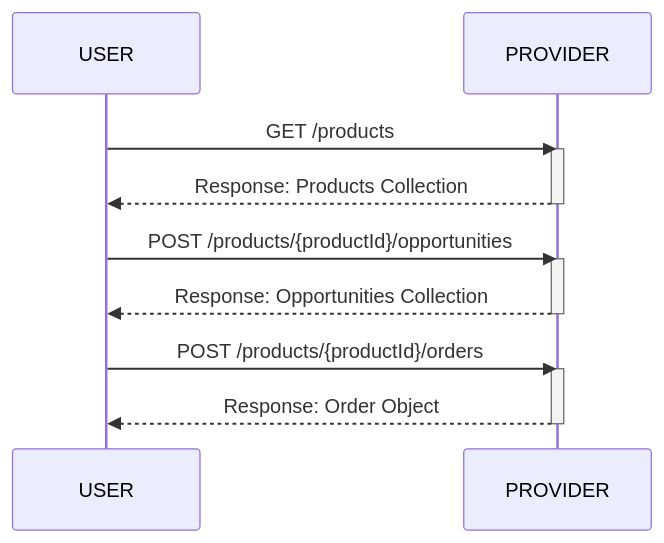
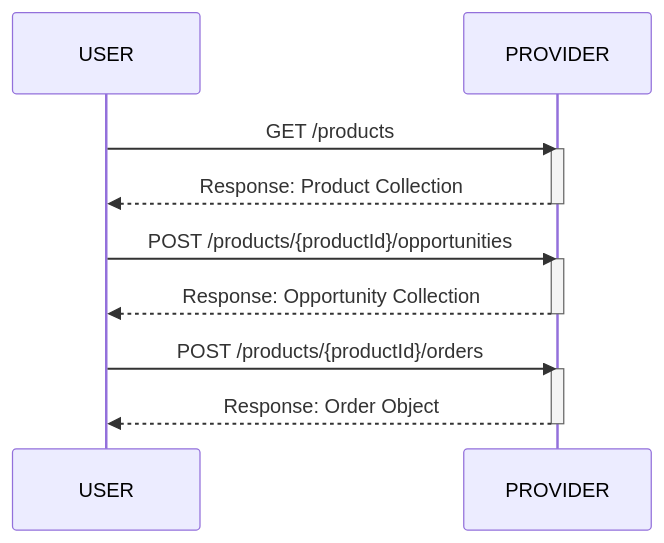
Before and after one commit to stapi-spec/stapi-spec: the first of 4 diagrams in docs/intro.md, drawn with Mermaid. The commit also changed other lines of this file and 5 other files, not shown here.

````diff
--- a/docs/intro.md
+++ b/docs/intro.md
@@ -62,17 +62,17 @@
 ```mermaid
 sequenceDiagram
     USER->>PROVIDER: GET /products
     activate PROVIDER
-    PROVIDER-->>USER: Response: Products Collection
+    PROVIDER-->>USER: Response: Product Collection
     deactivate PROVIDER
 
     USER->>PROVIDER: POST /products/{productId}/opportunities
     activate PROVIDER
-    PROVIDER-->>USER: Response: Opportunities Collection
+    PROVIDER-->>USER: Response: Opportunity Collection
     deactivate PROVIDER
 
     USER->>PROVIDER: POST /products/{productId}/orders
     activate PROVIDER
     PROVIDER-->>USER: Response: Order Object
     deactivate PROVIDER
 ```
````
